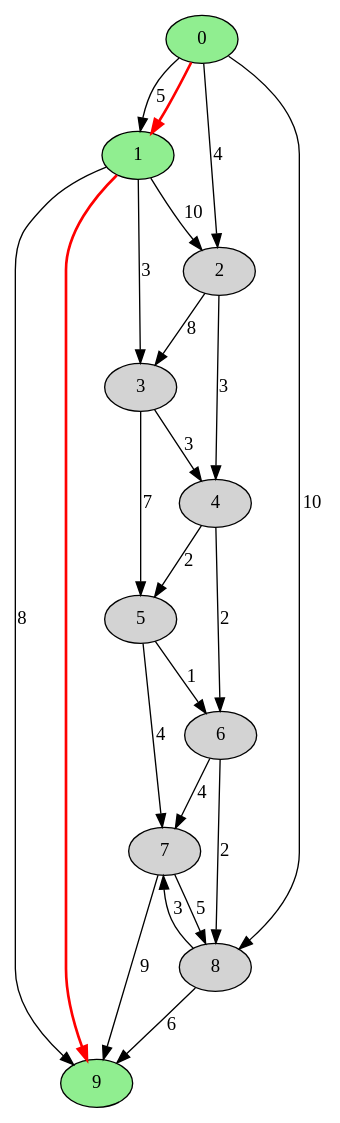
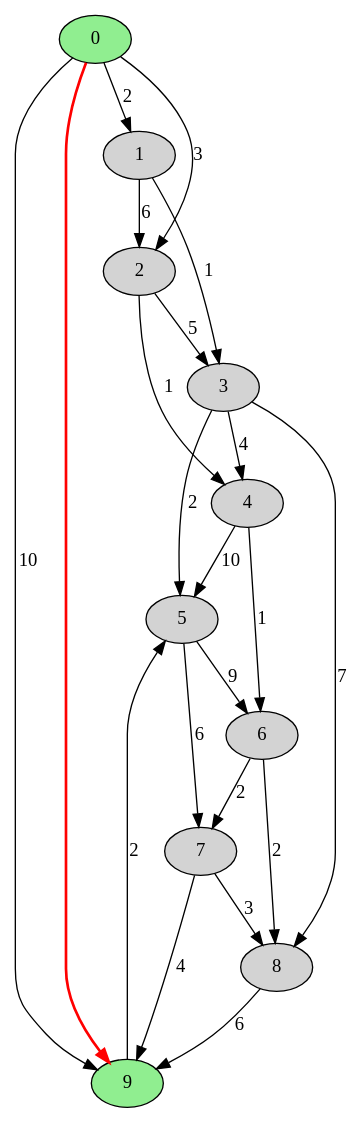
One commit to yigitbickici/GraphTheory changed the diagram in src/ucs_graph.dot. Above: the diagram before and after it, drawn with Graphviz. The commit also changed 7 other files, not shown here.

```diff
--- a/src/ucs_graph.dot
+++ b/src/ucs_graph.dot
@@ -1,29 +1,27 @@
 digraph G {
     node [style=filled];
-    0 -> 1 [label="5"];
-    0 -> 2 [label="4"];
-    1 -> 2 [label="10"];
-    1 -> 3 [label="3"];
-    2 -> 3 [label="8"];
-    2 -> 4 [label="3"];
-    3 -> 4 [label="3"];
-    3 -> 5 [label="7"];
-    4 -> 5 [label="2"];
-    4 -> 6 [label="2"];
-    5 -> 6 [label="1"];
-    5 -> 7 [label="4"];
-    6 -> 7 [label="4"];
+    0 -> 1 [label="2"];
+    0 -> 2 [label="3"];
+    1 -> 2 [label="6"];
+    1 -> 3 [label="1"];
+    2 -> 3 [label="5"];
+    2 -> 4 [label="1"];
+    3 -> 4 [label="4"];
+    3 -> 5 [label="2"];
+    4 -> 5 [label="10"];
+    4 -> 6 [label="1"];
+    5 -> 6 [label="9"];
+    5 -> 7 [label="6"];
+    6 -> 7 [label="2"];
     6 -> 8 [label="2"];
-    7 -> 8 [label="5"];
-    7 -> 9 [label="9"];
+    7 -> 8 [label="3"];
+    7 -> 9 [label="4"];
     8 -> 9 [label="6"];
-    8 -> 7 [label="3"];
-    1 -> 9 [label="8"];
-    0 -> 8 [label="10"];
+    0 -> 9 [label="10"];
+    9 -> 5 [label="2"];
+    3 -> 8 [label="7"];
     // Highlight path nodes
     0 [fillcolor=lightgreen];
-    1 [fillcolor=lightgreen];
     9 [fillcolor=lightgreen];
-    0 -> 1 [color=red, penwidth=2.0];
-    1 -> 9 [color=red, penwidth=2.0];
+    0 -> 9 [color=red, penwidth=2.0];
 }
```
